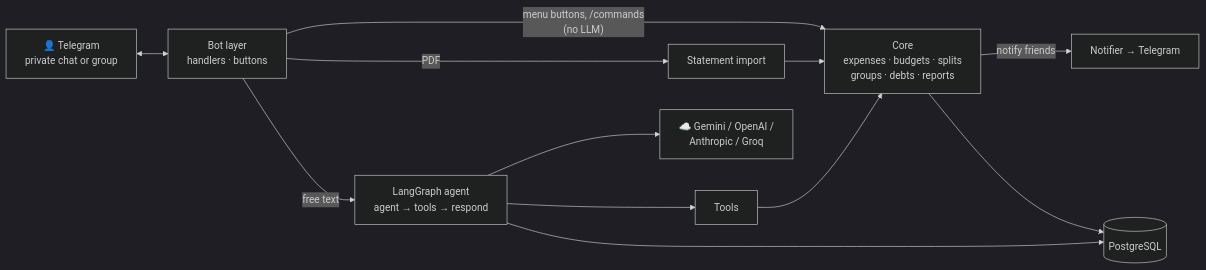
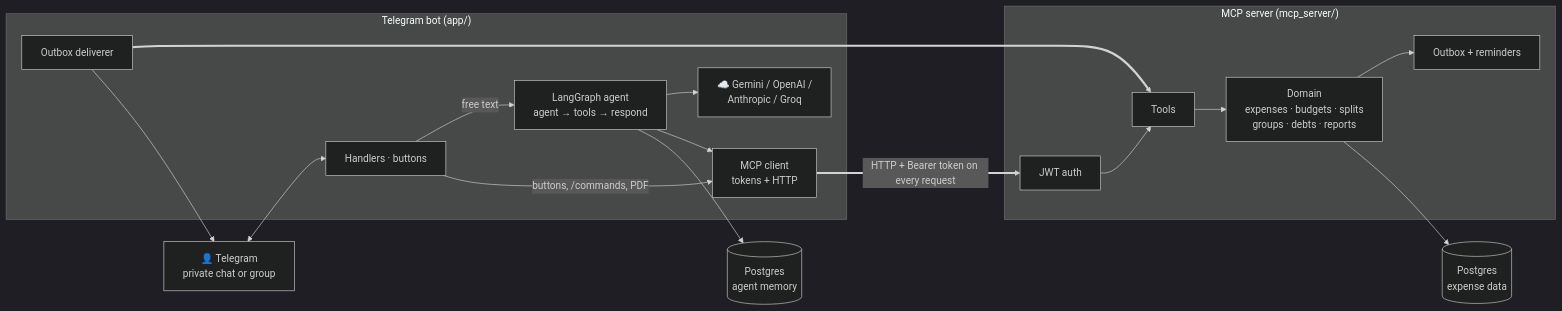
One commit to yeturu-surya-fission/Expense_Tracker changed the diagram in README.md. Above: the diagram before and after it, drawn with Mermaid (dark theme). The commit also changed other lines of this file and 132 other files, not shown here.

````diff
--- a/README.md
+++ b/README.md
@@ -83,12 +86,20 @@
 ```mermaid
 flowchart LR
-    U["👤 Telegram<br/>private chat or group"] <--> BOT["Bot layer<br/>handlers · buttons"]
-    BOT -->|"free text"| AG["LangGraph agent<br/>agent → tools → respond"]
-    BOT -->|"menu buttons, /commands<br/>(no LLM)"| CORE
-    BOT -->|"PDF"| ST["Statement import"] --> CORE
-    AG --> TOOLS["Tools"] --> CORE["Core<br/>expenses · budgets · splits<br/>groups · debts · reports"]
-    AG --> LLM["☁️ Gemini / OpenAI /<br/>Anthropic / Groq"]
-    CORE -->|"notify friends"| NOTI["Notifier → Telegram"]
-    CORE --> DB[("PostgreSQL")]
-    AG --> DB
+    U["👤 Telegram<br/>private chat or group"] <--> BOT
+    subgraph BOTSVC["Telegram bot (app/)"]
+        BOT["Handlers · buttons"] -->|"free text"| AG["LangGraph agent<br/>agent → tools → respond"]
+        AG --> LLM["☁️ Gemini / OpenAI /<br/>Anthropic / Groq"]
+        BOT -->|"buttons, /commands, PDF"| CLI
+        AG --> CLI["MCP client<br/>tokens + HTTP"]
+        OUT["Outbox deliverer"]
+    end
+    subgraph MCPSVC["MCP server (mcp_server/)"]
+        AUTH["JWT auth"] --> TOOLS["Tools"] --> DOM["Domain<br/>expenses · budgets · splits<br/>groups · debts · reports"]
+        DOM --> OBX["Outbox + reminders"]
+    end
+    CLI ==>|"HTTP + Bearer token on every request"| AUTH
+    OUT ==> TOOLS
+    OUT --> U
+    DOM --> DB1[("Postgres<br/>expense data")]
+    AG --> DB2[("Postgres<br/>agent memory")]
 ```
````
